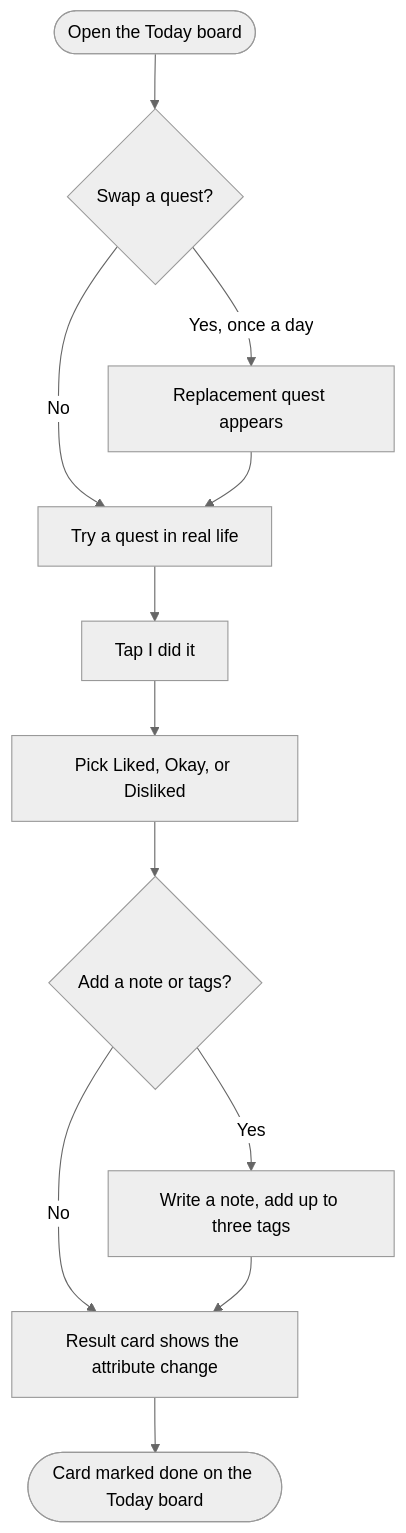
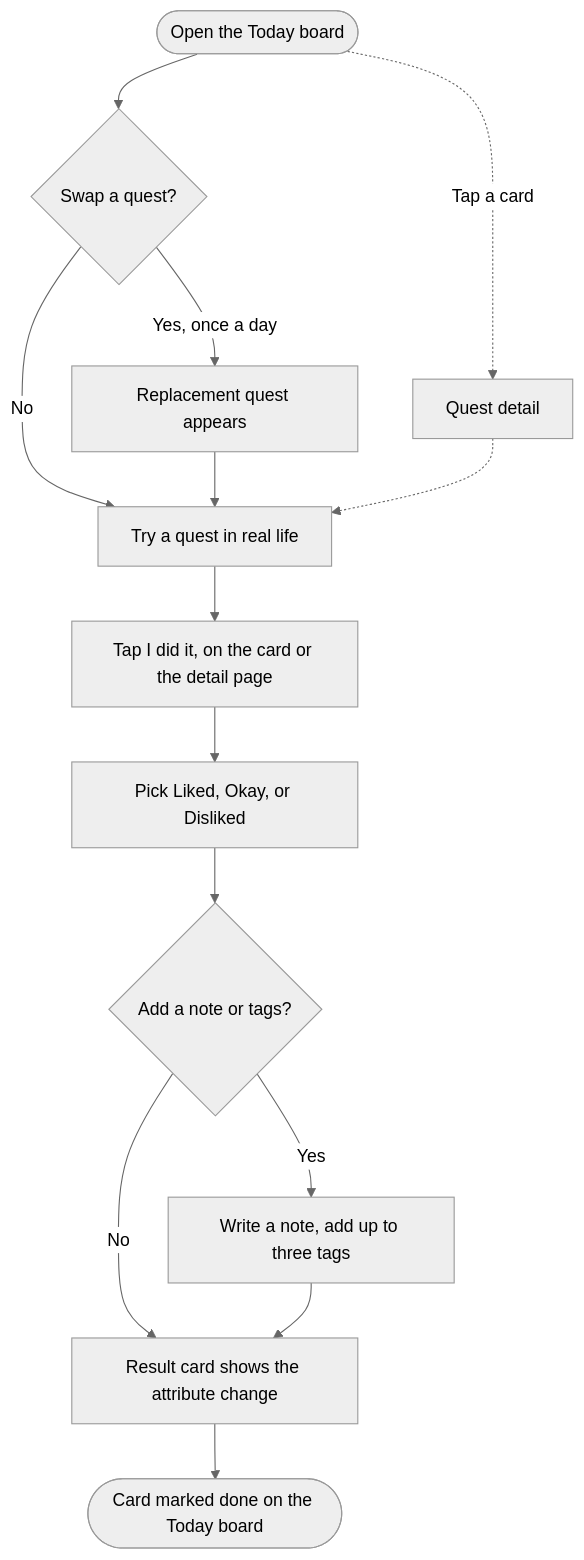
One commit to Tara-Y-ops/Me-online changed the second of 3 diagrams in docs/user-flows.md. Above: the diagram before and after it, drawn with Mermaid. The commit also changed other lines of this file, not shown here.

Commit message:
docs: update user flows to match the current app

````diff
--- a/docs/user-flows.md
+++ b/docs/user-flows.md
@@ -36,15 +43,17 @@
 ```mermaid
 %%{init: {'theme': 'neutral'}}%%
 flowchart TD
     A([Open the Today board]) --> B{Swap a quest?}
     B -->|Yes, once a day| C[Replacement quest appears]
     B -->|No| D[Try a quest in real life]
     C --> D
-    D --> E[Tap I did it]
+    A -.->|Tap a card| Q[Quest detail]
+    Q -.-> D
+    D --> E[Tap I did it, on the card or the detail page]
     E --> F[Pick Liked, Okay, or Disliked]
     F --> G{Add a note or tags?}
     G -->|Yes| H[Write a note, add up to three tags]
     G -->|No| I[Result card shows the attribute change]
     H --> I
     I --> J([Card marked done on the Today board])
 ```
````
